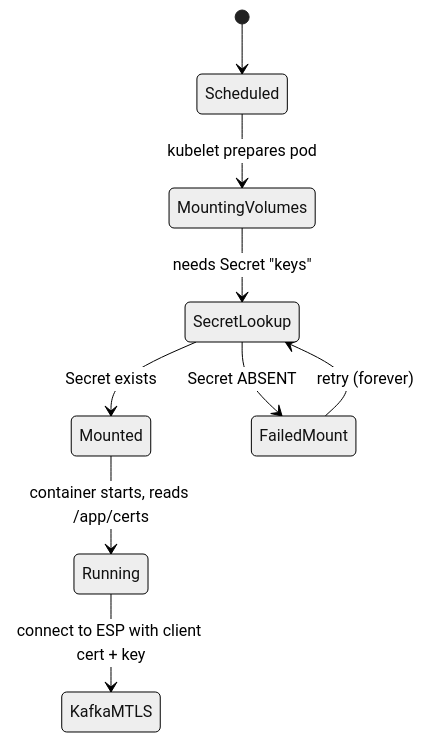
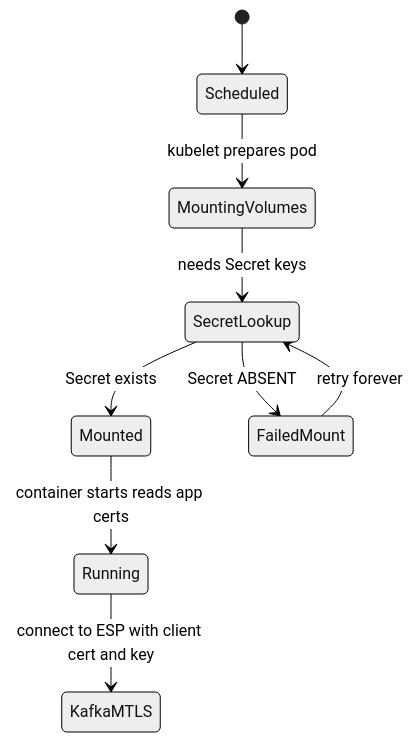
One commit to Excoriate/engineering-log changed the diagram in log/employer/eneco/02_on_call_shift/2026_june/2026_06_02_vpp_aggregation_layer_sandbox_broken_jhonson/how-to-feynman-explainer.md. Above: the diagram before and after it, drawn with Mermaid (neutral theme). The commit also changed 28 other files, not shown here.

````diff
--- a/log/employer/eneco/02_on_call_shift/2026_june/2026_06_02_vpp_aggregation_layer_sandbox_broken_jhonson/how-to-feynman-explainer.md
+++ b/log/employer/eneco/02_on_call_shift/2026_june/2026_06_02_vpp_aggregation_layer_sandbox_broken_jhonson/how-to-feynman-explainer.md
@@ -67,11 +67,11 @@
 ```mermaid
 stateDiagram-v2
     [*] --> Scheduled
     Scheduled --> MountingVolumes: kubelet prepares pod
-    MountingVolumes --> SecretLookup: needs Secret "keys"
+    MountingVolumes --> SecretLookup: needs Secret keys
     SecretLookup --> Mounted: Secret exists
     SecretLookup --> FailedMount: Secret ABSENT
-    FailedMount --> SecretLookup: retry (forever)
-    Mounted --> Running: container starts, reads /app/certs
-    Running --> KafkaMTLS: connect to ESP with client cert + key
+    FailedMount --> SecretLookup: retry forever
+    Mounted --> Running: container starts reads app certs
+    Running --> KafkaMTLS: connect to ESP with client cert and key
 ```
````
